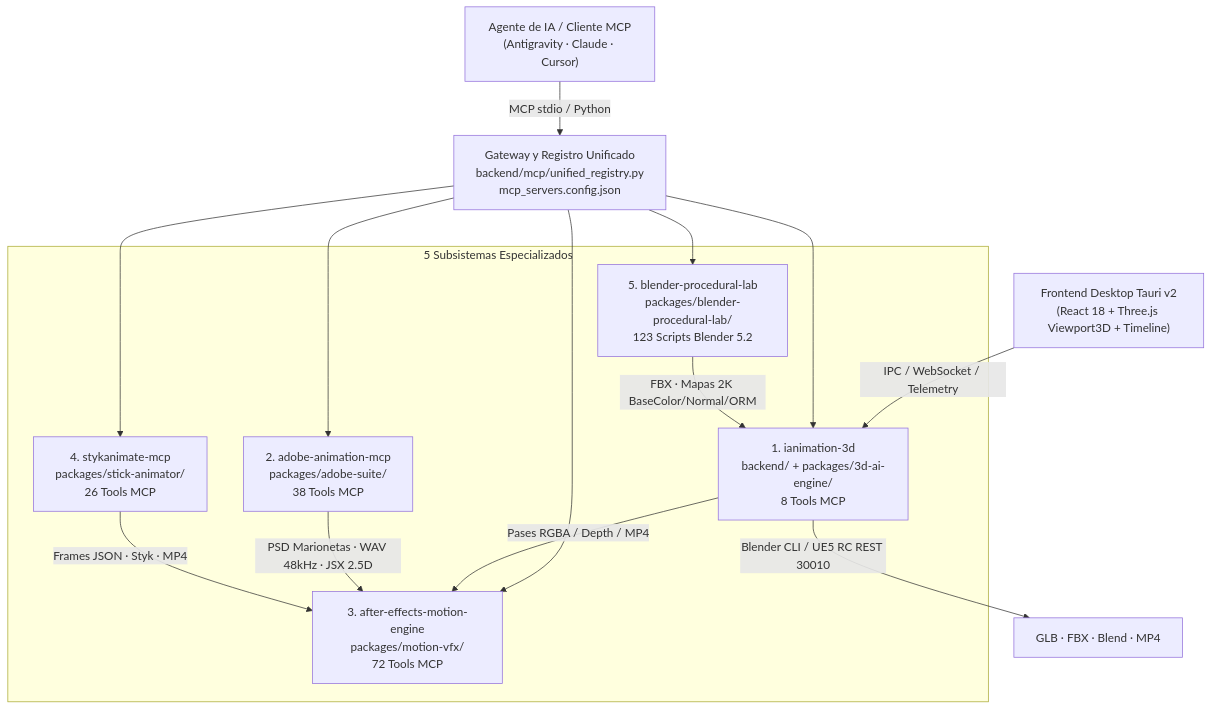
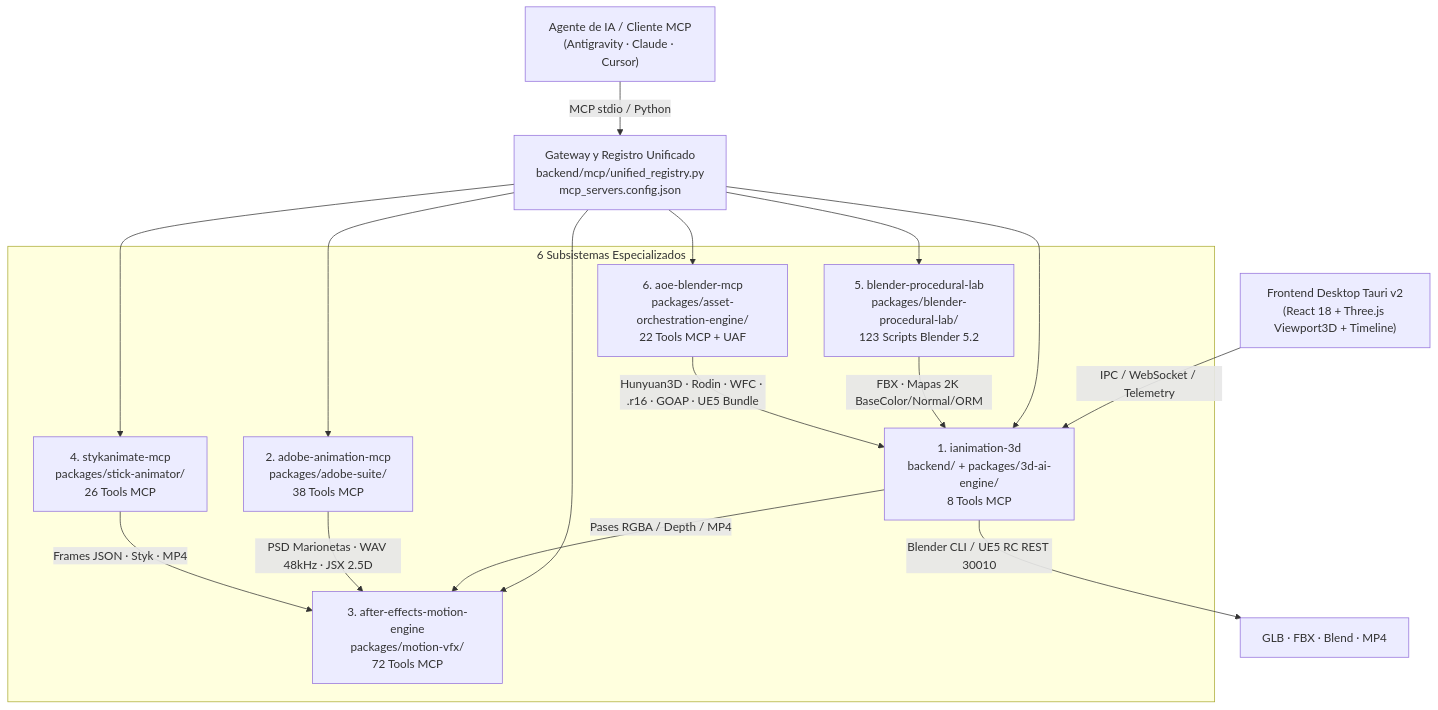
One commit to k3v-5/AInimation changed the diagram in docs/ARCHITECTURE.md. Above: the diagram before and after it, drawn with Mermaid. The commit also changed other lines of this file and 3806 other files, not shown here.

Commit message:
feat(monorepo): integrate Asset Orchestration Engine (AOE + UAF) as 6th unified subsystem

````diff
--- a/docs/ARCHITECTURE.md
+++ b/docs/ARCHITECTURE.md
@@ -11,29 +11,32 @@
 ```mermaid
 flowchart TB
     IA["Agente de IA / Cliente MCP\n(Antigravity · Claude · Cursor)"]
     GUI["Frontend Desktop Tauri v2\n(React 18 + Three.js Viewport3D + Timeline)"]
     REG["Gateway y Registro Unificado\nbackend/mcp/unified_registry.py\nmcp_servers.config.json"]
 
     IA -->|"MCP stdio / Python"| REG
     GUI -->|"IPC / WebSocket / Telemetry"| P1
 
-    subgraph PACKAGES["5 Subsistemas Especializados"]
+    subgraph PACKAGES["6 Subsistemas Especializados"]
         P1["1. ianimation-3d\nbackend/ + packages/3d-ai-engine/\n8 Tools MCP"]
         P2["2. adobe-animation-mcp\npackages/adobe-suite/\n38 Tools MCP"]
         P3["3. after-effects-motion-engine\npackages/motion-vfx/\n72 Tools MCP"]
         P4["4. stykanimate-mcp\npackages/stick-animator/\n26 Tools MCP"]
         P5["5. blender-procedural-lab\npackages/blender-procedural-lab/\n123 Scripts Blender 5.2"]
+        P6["6. aoe-blender-mcp\npackages/asset-orchestration-engine/\n22 Tools MCP + UAF"]
     end
 
     REG --> P1
     REG --> P2
     REG --> P3
     REG --> P4
     REG --> P5
+    REG --> P6
 
     P1 -->|"Blender CLI / UE5 RC REST 30010"| R3D["GLB · FBX · Blend · MP4"]
     P5 -->|"FBX · Mapas 2K BaseColor/Normal/ORM"| P1
+    P6 -->|"Hunyuan3D · Rodin · WFC · .r16 · GOAP · UE5 Bundle"| P1
     P1 -->|"Pases RGBA / Depth / MP4"| P3
     P2 -->|"PSD Marionetas · WAV 48kHz · JSX 2.5D"| P3
     P4 -->|"Frames JSON · Styk · MP4"| P3
 ```
````
